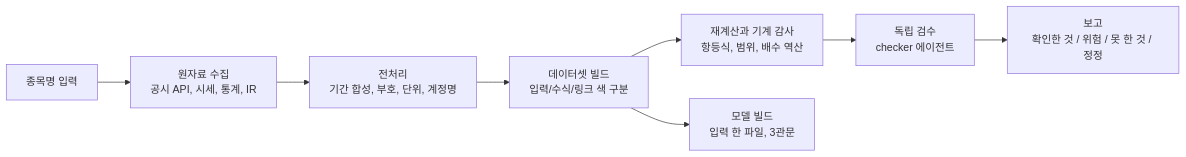
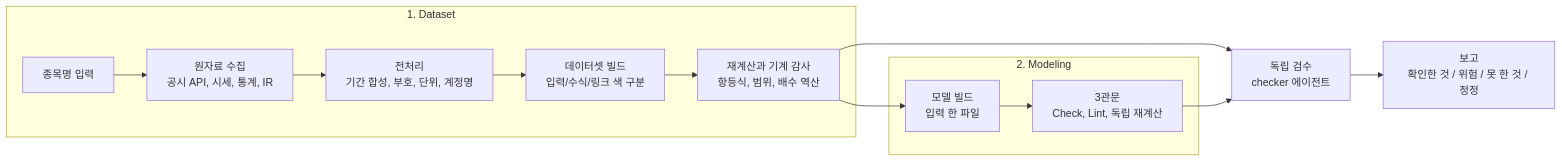
Before and after one commit to dhpark19955-code/claude-code-data-portfolio: the diagram in README.md, drawn with Mermaid. The commit also changed other lines of this file, not shown here.

First line of the commit message:
README를 Dataset / Modeling 두 파트로 재구성

````diff
--- a/README.md
+++ b/README.md
@@ -130,10 +30,16 @@
 ```mermaid
 flowchart LR
+    subgraph DS[1. Dataset]
     A[종목명 입력] --> B[원자료 수집<br>공시 API, 시세, 통계, IR]
     B --> C[전처리<br>기간 합성, 부호, 단위, 계정명]
     C --> D[데이터셋 빌드<br>입력/수식/링크 색 구분]
     D --> E[재계산과 기계 감사<br>항등식, 범위, 배수 역산]
+    end
+    subgraph MD[2. Modeling]
+    H[모델 빌드<br>입력 한 파일] --> I[3관문<br>Check, Lint, 독립 재계산]
+    end
+    E --> H
     E --> F[독립 검수<br>checker 에이전트]
+    I --> F
     F --> G[보고<br>확인한 것 / 위험 / 못 한 것 / 정정]
-    D --> H[모델 빌드<br>입력 한 파일, 3관문]
 ```
````
